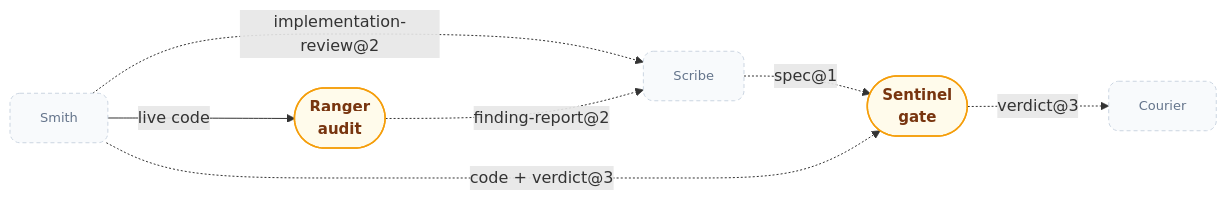
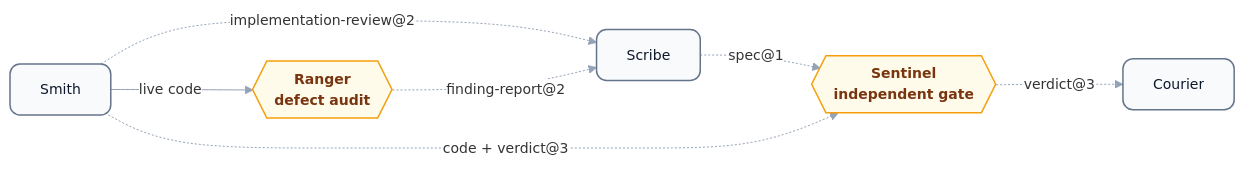
Before and after one commit to orin-dx/agent-plugins: the second of 2 diagrams in README.md, drawn with Mermaid. The commit also changed other lines of this file and 12 other files, not shown here.

Commit message:
docs: refresh Mermaid diagrams and visual standard

````diff
--- a/README.md
+++ b/README.md
@@ -51,23 +51,23 @@
 ```mermaid
-%%{init: {'flowchart': {'curve': 'basis', 'nodeSpacing': 40, 'rankSpacing': 60}}}%%
+%%{init: {'theme': 'base', 'flowchart': {'curve': 'basis', 'nodeSpacing': 40, 'rankSpacing': 56}, 'themeVariables': {'fontFamily': 'Inter, ui-sans-serif, system-ui, sans-serif', 'fontSize': '14px', 'lineColor': '#94a3b8', 'edgeLabelBackground': '#ffffff'}}}%%
 flowchart LR
-    classDef anchor fill:#f8fafc,stroke:#cbd5e1,stroke-width:1px,color:#64748b,rx:10,ry:10,font-size:13px,stroke-dasharray:4 3;
-    classDef verify fill:#fffbeb,stroke:#f59e0b,stroke-width:1.5px,color:#78350f,rx:10,ry:10,font-size:15px,font-weight:600;
+    classDef store fill:#f8fafc,stroke:#64748b,stroke-width:1.5px,color:#0f172a,rx:10px,ry:10px;
+    classDef router fill:#fffbeb,stroke:#f59e0b,stroke-width:1.5px,color:#78350f,rx:10px,ry:10px,font-weight:600;
 
-    sc2[Scribe]:::anchor
-    sm2[Smith]:::anchor
-    co2[Courier]:::anchor
+    sc2["Scribe"]:::store
+    sm2["Smith"]:::store
+    co2["Courier"]:::store
 
-    se([Sentinel\ngate])
-    ra([Ranger\naudit])
+    se{{"<b>Sentinel</b><br/>independent gate"}}
+    ra{{"<b>Ranger</b><br/>defect audit"}}
 
     sc2 -.->|"spec@1"| se
     sm2 -.->|"code + verdict@3"| se
     sm2 -.->|"implementation-review@2"| sc2
     se -.->|"verdict@3"| co2
 
     sm2 -->|"live code"| ra
     ra -.->|"finding-report@2"| sc2
 
-    class se,ra verify
+    class se,ra router
 ```
````
